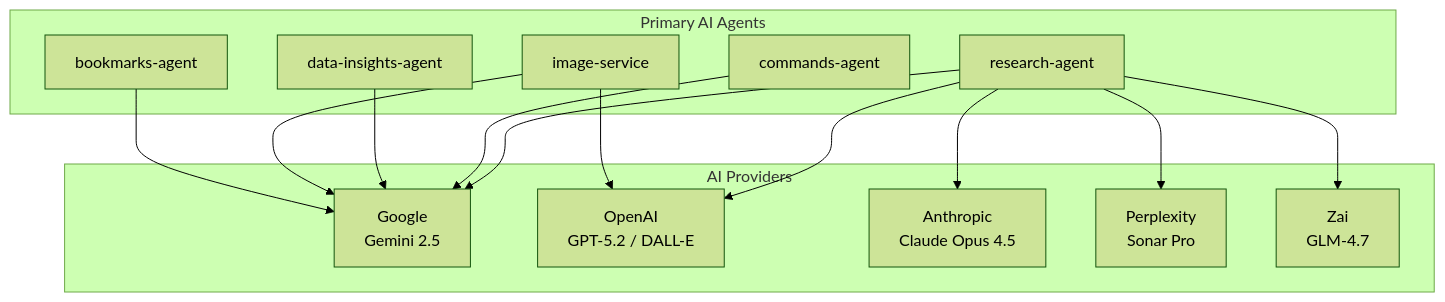
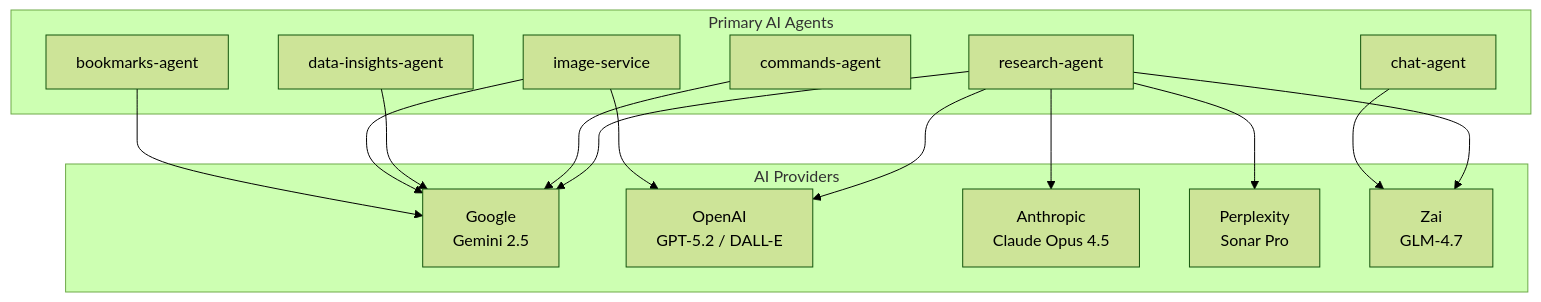
One commit to pbuchman/intexuraos changed the first of 2 diagrams in docs/services/index.md. Above: the diagram before and after it, drawn with Mermaid (forest theme). The commit also changed other lines of this file and 214 other files, not shown here.

````diff
--- a/docs/services/index.md
+++ b/docs/services/index.md
@@ -31,30 +42,32 @@
 ```mermaid
 graph TB
     subgraph "AI Providers"
         G[Google<br>Gemini 2.5]
         O[OpenAI<br>GPT-5.2 / DALL-E]
         A[Anthropic<br>Claude Opus 4.5]
         P[Perplexity<br>Sonar Pro]
         Z[Zai<br>GLM-4.7]
     end
 
     subgraph "Primary AI Agents"
         R[research-agent]
         C[commands-agent]
         D[data-insights-agent]
         I[image-service]
         B[bookmarks-agent]
+        CH[chat-agent]
     end
 
     R --> G
     R --> O
     R --> A
     R --> P
     R --> Z
 
     C --> G
     D --> G
     I --> O
     I --> G
     B --> G
+    CH --> Z
 ```
````
